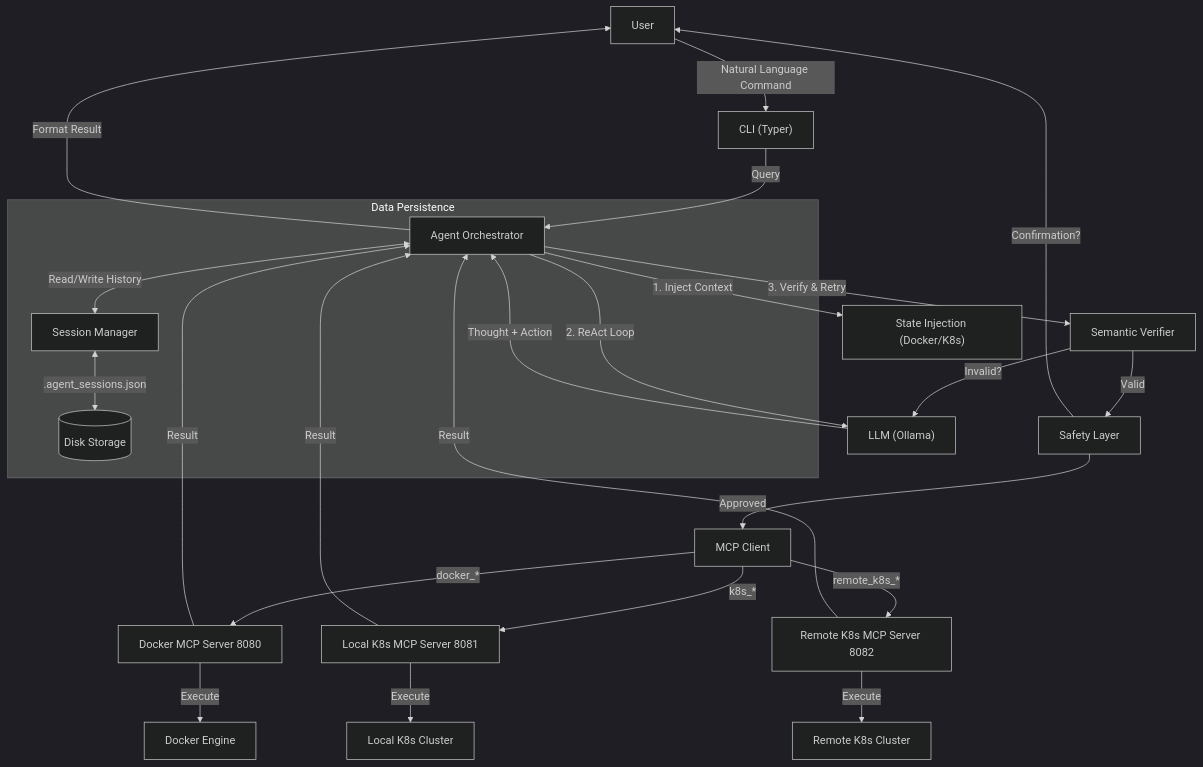
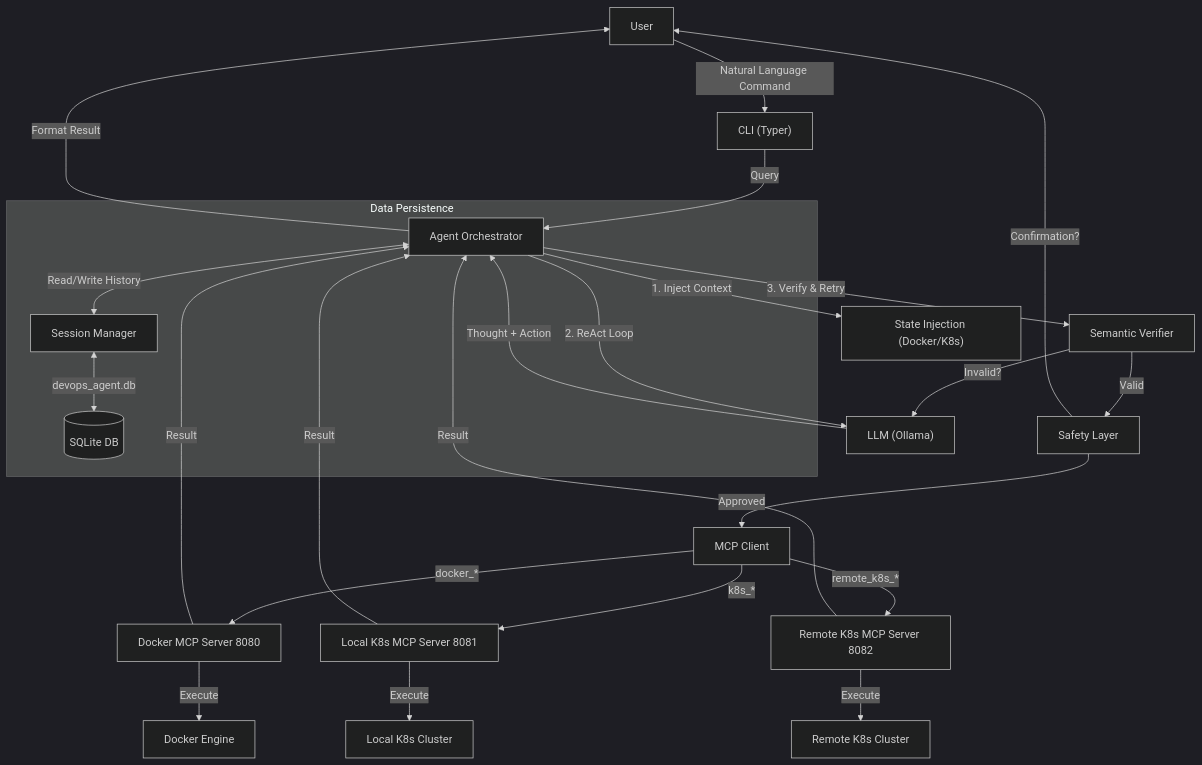
One commit to NayanEupho/Agentic-Docker changed the diagram in README.md. Above: the diagram before and after it, drawn with Mermaid (dark theme). The commit also changed other lines of this file and 9 other files, not shown here.

````diff
--- a/README.md
+++ b/README.md
@@ -49,32 +52,32 @@
 ```mermaid
 graph TD
     User[User] -->|Natural Language Command| CLI["CLI (Typer)"]
     CLI -->|Query| Agent[Agent Orchestrator]
     Agent -->|1. Inject Context| StateFetcher["State Injection (Docker/K8s)"]
     Agent -->|2. ReAct Loop| LLM["LLM (Ollama)"]
     LLM -->|Thought + Action| Agent
     Agent -->|3. Verify & Retry| Verifier[Semantic Verifier]
     Verifier -- Invalid? --> LLM
     Verifier -- Valid --> Safety[Safety Layer]
     Safety -->|Confirmation?| User
     Safety -->|Approved| MCP_Client[MCP Client]
     
     MCP_Client -->|docker_*| DockerServer[Docker MCP Server 8080]
     MCP_Client -->|k8s_*| LocalK8sServer[Local K8s MCP Server 8081]
     MCP_Client -->|remote_k8s_*| RemoteK8sServer[Remote K8s MCP Server 8082]
     
     DockerServer -->|Execute| Docker[Docker Engine]
     LocalK8sServer -->|Execute| LocalK8s[Local K8s Cluster]
     RemoteK8sServer -->|Execute| RemoteK8s[Remote K8s Cluster]
     
     DockerServer -->|Result| Agent
     LocalK8sServer -->|Result| Agent
     RemoteK8sServer -->|Result| Agent
     Agent -->|Format Result| User
 
     subgraph Data Persistence
         SessionManager[Session Manager]
-        SessionManager <-->|.agent_sessions.json| Storage[(Disk Storage)]
+        SessionManager <-->|devops_agent.db| Storage[(SQLite DB)]
         Agent <-->|Read/Write History| SessionManager
     end
 ```
````
